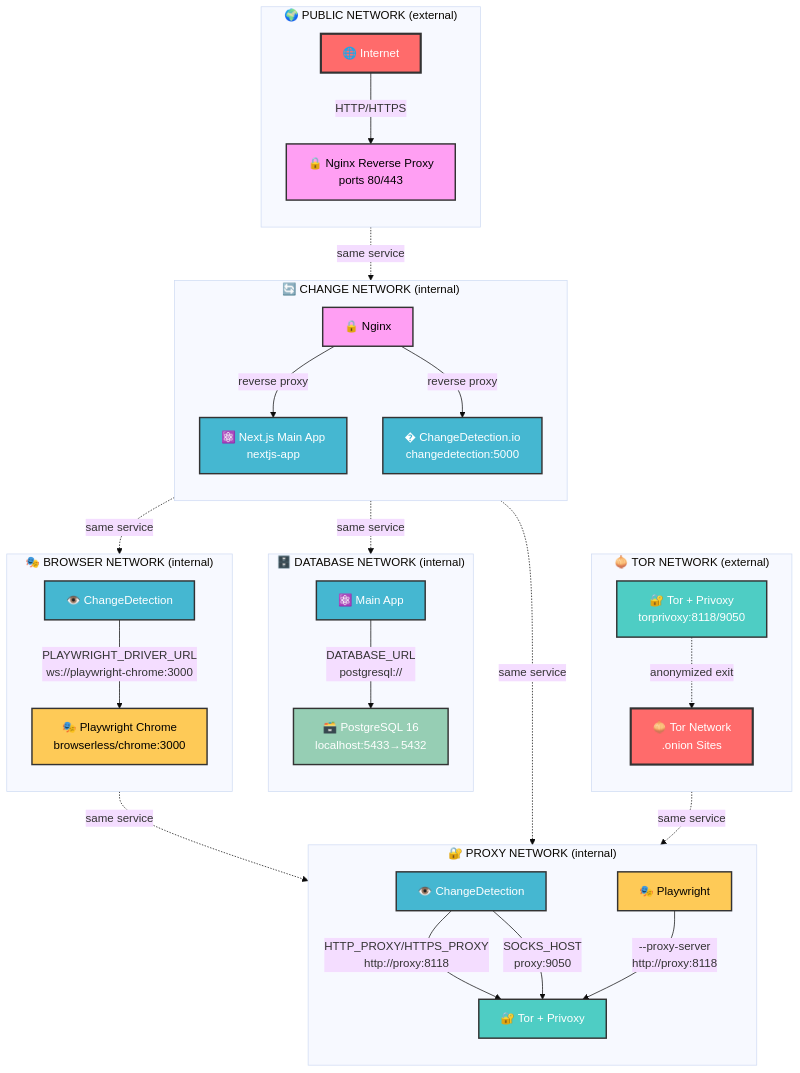
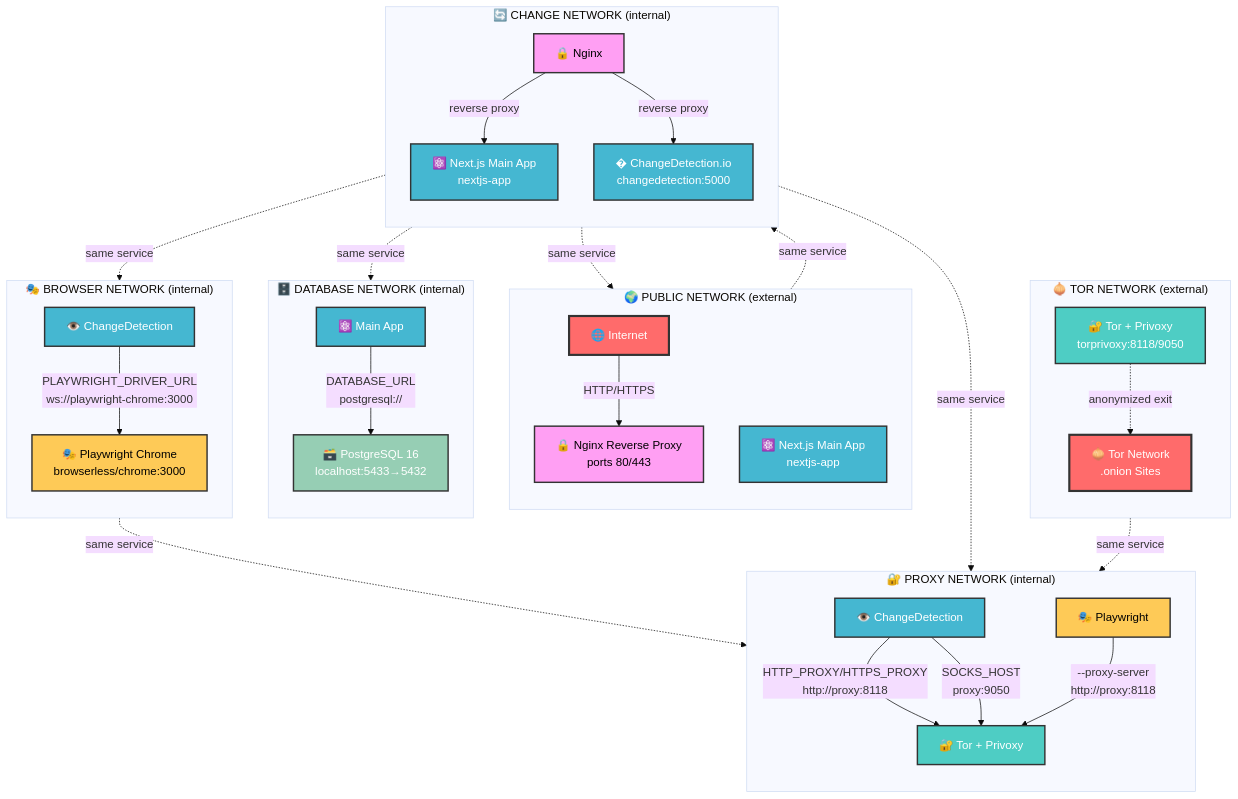
The diagram in docs/network-architecture.mmd (Melvin2306/alert-monitoring), drawn with Mermaid (base theme) before and after one commit. The commit also changed 2 other files, not shown here.

Commit message:
feat: add public network access for main-app and update documentation for network architecture

```diff
--- a/docs/network-architecture.mmd
+++ b/docs/network-architecture.mmd
@@ -1,90 +1,92 @@
 graph TD
     %% External entities
     Internet[🌐 Internet]
     TorNetwork[🧅 Tor Network<br/>.onion Sites]
     
     %% Network boundaries with services
     subgraph tor_network [" 🧅 TOR NETWORK (external) "]
         direction TB
         TorPrivoxy[🔐 Tor + Privoxy<br/>torprivoxy:8118/9050]
         TorNetwork
         TorPrivoxy -.->|anonymized exit| TorNetwork
     end
     
     subgraph public_network [" 🌍 PUBLIC NETWORK (external) "]
         direction TB
         Internet
         Nginx[🔒 Nginx Reverse Proxy<br/>ports 80/443]
+        MainAppPublic[⚛️ Next.js Main App<br/>nextjs-app]
         Internet -->|HTTP/HTTPS| Nginx
     end
     
     subgraph change_network [" 🔄 CHANGE NETWORK (internal) "]
         direction TB
         NginxChange[🔒 Nginx]
         MainApp[⚛️ Next.js Main App<br/>nextjs-app]
         ChangeDetection[�️ ChangeDetection.io<br/>changedetection:5000]
         
         NginxChange -->|reverse proxy| MainApp
         NginxChange -->|reverse proxy| ChangeDetection
     end
     
     subgraph db_network [" 🗄️ DATABASE NETWORK (internal) "]
         direction TB
         MainAppDB[⚛️ Main App]
         Postgres[🗃️ PostgreSQL 16<br/>localhost:5433→5432]
         
         MainAppDB -->|DATABASE_URL<br/>postgresql://| Postgres
     end
     
     subgraph browser_network [" 🎭 BROWSER NETWORK (internal) "]
         direction TB
         ChangeDetectionBrowser[👁️ ChangeDetection]
         Playwright[🎭 Playwright Chrome<br/>browserless/chrome:3000]
         
         ChangeDetectionBrowser -->|PLAYWRIGHT_DRIVER_URL<br/>ws://playwright-chrome:3000| Playwright
     end
     
     subgraph proxy_network [" 🔐 PROXY NETWORK (internal) "]
         direction TB
         TorPrivoxyProxy[🔐 Tor + Privoxy]
         ChangeDetectionProxy[👁️ ChangeDetection]
         PlaywrightProxy[🎭 Playwright]
         
         ChangeDetectionProxy -->|HTTP_PROXY/HTTPS_PROXY<br/>http://proxy:8118| TorPrivoxyProxy
         ChangeDetectionProxy -->|SOCKS_HOST<br/>proxy:9050| TorPrivoxyProxy
         PlaywrightProxy -->|--proxy-server<br/>http://proxy:8118| TorPrivoxyProxy
     end
     
     %% Cross-network connections (shown as dotted lines for network boundaries)
     Nginx -.->|same service| NginxChange
     MainApp -.->|same service| MainAppDB
+    MainApp -.->|same service| MainAppPublic
     ChangeDetection -.->|same service| ChangeDetectionBrowser
     ChangeDetection -.->|same service| ChangeDetectionProxy
     Playwright -.->|same service| PlaywrightProxy
     TorPrivoxy -.->|same service| TorPrivoxyProxy
     
     %% Network styling
     classDef torNet fill:#ff9999,stroke:#cc0000,stroke-width:3px,color:#000
     classDef publicNet fill:#99ccff,stroke:#0066cc,stroke-width:3px,color:#000
     classDef changeNet fill:#99ff99,stroke:#00cc00,stroke-width:2px,color:#000
     classDef dbNet fill:#ffcc99,stroke:#ff6600,stroke-width:2px,color:#000
     classDef browserNet fill:#ffff99,stroke:#cccc00,stroke-width:2px,color:#000
     classDef proxyNet fill:#cc99ff,stroke:#6600cc,stroke-width:2px,color:#000
     classDef localhostNet fill:#ffcccc,stroke:#ff0000,stroke-width:2px,color:#000
     
     %% Service styling
     classDef external fill:#ff6b6b,stroke:#333,stroke-width:3px,color:#fff
     classDef proxy fill:#4ecdc4,stroke:#333,stroke-width:2px,color:#fff
     classDef app fill:#45b7d1,stroke:#333,stroke-width:2px,color:#fff
     classDef db fill:#96ceb4,stroke:#333,stroke-width:2px,color:#fff
     classDef browser fill:#feca57,stroke:#333,stroke-width:2px,color:#000
     classDef gateway fill:#ff9ff3,stroke:#333,stroke-width:2px,color:#000
     
     %% Apply service styles
     class Internet,TorNetwork external
     class TorPrivoxy,TorPrivoxyProxy proxy
-    class MainApp,MainAppDB,ChangeDetection,ChangeDetectionBrowser,ChangeDetectionProxy app
+    class MainApp,MainAppDB,MainAppPublic,ChangeDetection,ChangeDetectionBrowser,ChangeDetectionProxy app
     class Postgres db
     class Playwright,PlaywrightProxy browser
     class Nginx,NginxChange gateway
     class PortMappings localhostNet
```
